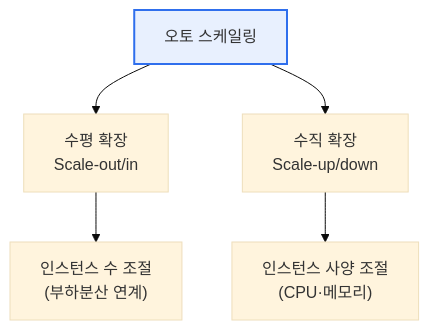
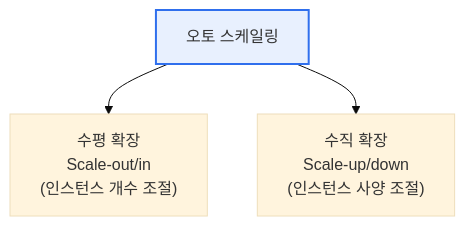
Before and after one commit to coninggu/wjdqhrhksflrltnftk: the diagram in content/auto-scaling.md, drawn with Mermaid (base theme). The commit also changed other lines of this file and 4 other files, not shown here.

````diff
--- a/content/auto-scaling.md
+++ b/content/auto-scaling.md
@@ -12,8 +12,6 @@
 ```mermaid
 flowchart TB
-  A[오토 스케일링] --> H[수평 확장<br/>Scale-out/in]
-  A --> V[수직 확장<br/>Scale-up/down]
-  H --> H1["인스턴스 수 조절<br/>(부하분산 연계)"]
-  V --> V1["인스턴스 사양 조절<br/>(CPU·메모리)"]
+  A[오토 스케일링] --> H["수평 확장<br/>Scale-out/in<br/>(인스턴스 개수 조절)"]
+  A --> V["수직 확장<br/>Scale-up/down<br/>(인스턴스 사양 조절)"]
   style A fill:#e8f0fe,stroke:#2f6fed,stroke-width:2px
 ```
````
